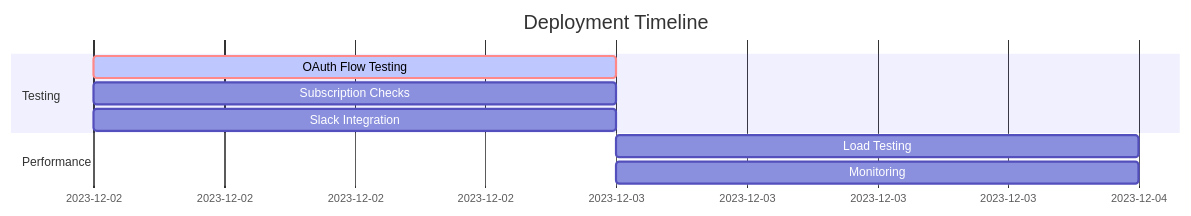
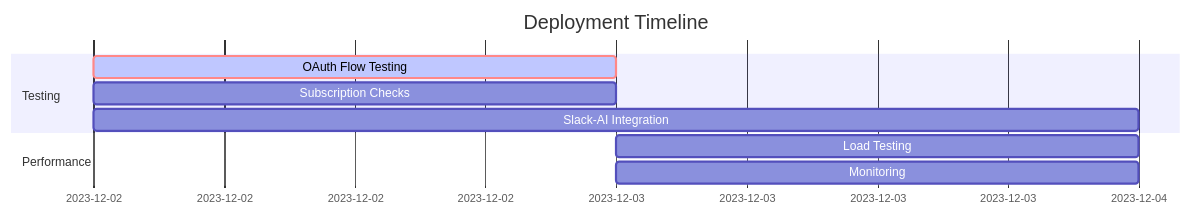
The second of 2 diagrams in dev/critical_path.md (wrenchchatrepo/lookerhelp), drawn with Mermaid before and after one commit. The commit also changed other lines of this file and 4 other files, not shown here.

````diff
--- a/dev/critical_path.md
+++ b/dev/critical_path.md
@@ -96,12 +142,12 @@
 ```mermaid
 gantt
     title Deployment Timeline
     dateFormat  YYYY-MM-DD
     section Testing
     OAuth Flow Testing :crit, active, 2023-12-02, 1d
     Subscription Checks :2023-12-02, 1d
-    Slack Integration :2023-12-02, 1d
+    Slack-AI Integration :2023-12-02, 2d
     section Performance
     Load Testing    :2023-12-03, 1d
     Monitoring     :2023-12-03, 1d
 ```
````
